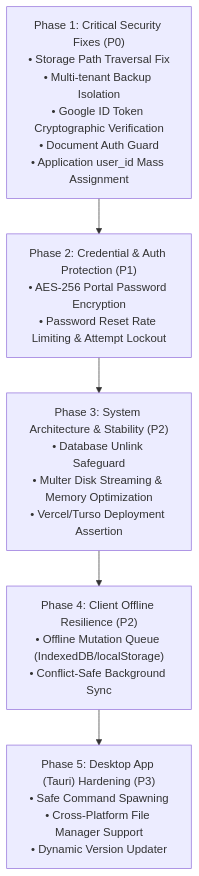
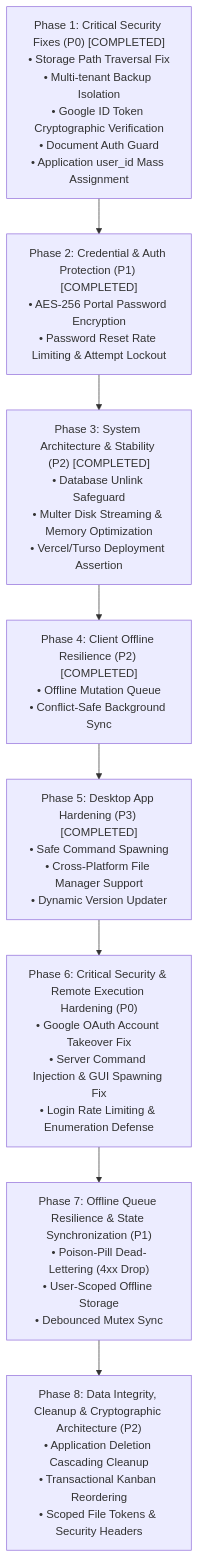
Before and after one commit to varunchandra10/job_kanban_board: the diagram in REMEDIATION_PLAN.md, drawn with Mermaid. The commit also changed other lines of this file and 5 other files, not shown here.

Commit message:
feat(client): complete Phase 4 offline queue, Phase 5 desktop hardening, and roadmap update

````diff
--- a/REMEDIATION_PLAN.md
+++ b/REMEDIATION_PLAN.md
@@ -34,13 +34,13 @@
 ```mermaid
 flowchart TD
-    P1["Phase 1: Critical Security Fixes (P0)<br/>• Storage Path Traversal Fix<br/>• Multi-tenant Backup Isolation<br/>• Google ID Token Cryptographic Verification<br/>• Document Auth Guard<br/>• Application user_id Mass Assignment"]
-    P2["Phase 2: Credential & Auth Protection (P1)<br/>• AES-256 Portal Password Encryption<br/>• Password Reset Rate Limiting & Attempt Lockout"]
-    P3["Phase 3: System Architecture & Stability (P2)<br/>• Database Unlink Safeguard<br/>• Multer Disk Streaming & Memory Optimization<br/>• Vercel/Turso Deployment Assertion"]
-    P4["Phase 4: Client Offline Resilience (P2)<br/>• Offline Mutation Queue (IndexedDB/localStorage)<br/>• Conflict-Safe Background Sync"]
-    P5["Phase 5: Desktop App (Tauri) Hardening (P3)<br/>• Safe Command Spawning<br/>• Cross-Platform File Manager Support<br/>• Dynamic Version Updater"]
+    P1["Phase 1: Critical Security Fixes (P0) [COMPLETED]<br/>• Storage Path Traversal Fix<br/>• Multi-tenant Backup Isolation<br/>• Google ID Token Cryptographic Verification<br/>• Document Auth Guard<br/>• Application user_id Mass Assignment"]
+    P2["Phase 2: Credential & Auth Protection (P1) [COMPLETED]<br/>• AES-256 Portal Password Encryption<br/>• Password Reset Rate Limiting & Attempt Lockout"]
+    P3["Phase 3: System Architecture & Stability (P2) [COMPLETED]<br/>• Database Unlink Safeguard<br/>• Multer Disk Streaming & Memory Optimization<br/>• Vercel/Turso Deployment Assertion"]
+    P4["Phase 4: Client Offline Resilience (P2) [COMPLETED]<br/>• Offline Mutation Queue<br/>• Conflict-Safe Background Sync"]
+    P5["Phase 5: Desktop App Hardening (P3) [COMPLETED]<br/>• Safe Command Spawning<br/>• Cross-Platform File Manager Support<br/>• Dynamic Version Updater"]
+    P6["Phase 6: Critical Security & Remote Execution Hardening (P0)<br/>• Google OAuth Account Takeover Fix<br/>• Server Command Injection & GUI Spawning Fix<br/>• Login Rate Limiting & Enumeration Defense"]
+    P7["Phase 7: Offline Queue Resilience & State Synchronization (P1)<br/>• Poison-Pill Dead-Lettering (4xx Drop)<br/>• User-Scoped Offline Storage<br/>• Debounced Mutex Sync"]
+    P8["Phase 8: Data Integrity, Cleanup & Cryptographic Architecture (P2)<br/>• Application Deletion Cascading Cleanup<br/>• Transactional Kanban Reordering<br/>• Scoped File Tokens & Security Headers"]
 
-    P1 --> P2
-    P2 --> P3
-    P3 --> P4
-    P4 --> P5
+    P1 --> P2 --> P3 --> P4 --> P5 --> P6 --> P7 --> P8
 ```
````
